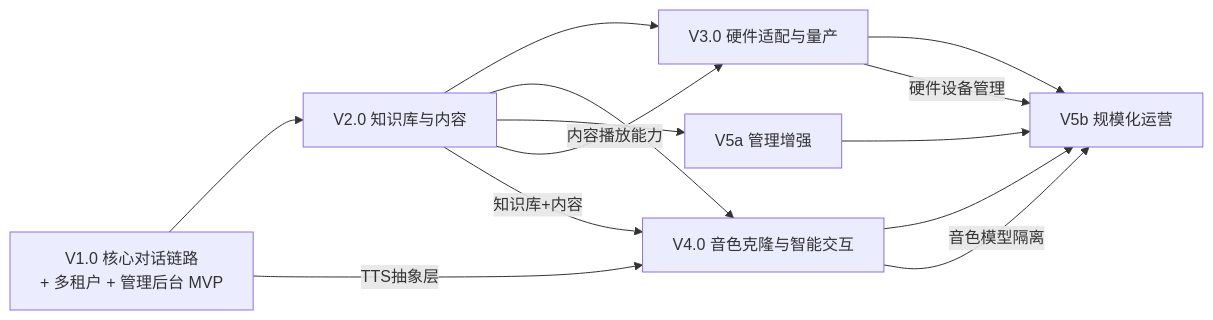
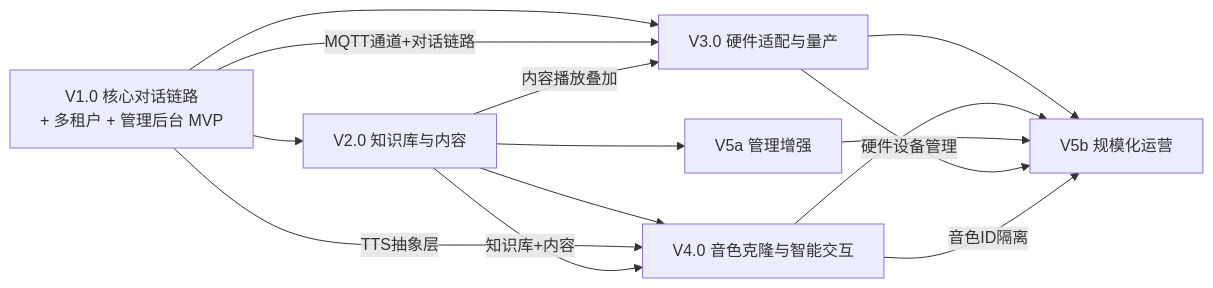
Before and after one commit to harunme/minibot: the diagram in docs/ROADMAP.md, drawn with Mermaid. The commit also changed other lines of this file and 6 other files, not shown here.

````diff
--- a/docs/ROADMAP.md
+++ b/docs/ROADMAP.md
@@ -272,16 +332,17 @@
 ```mermaid
 graph LR
     V1[V1.0 核心对话链路<br/>+ 多租户 + 管理后台 MVP] --> V2[V2.0 知识库与内容]
-    V2 --> V3[V3.0 硬件适配与量产]
+    V1 --> V3[V3.0 硬件适配与量产]
     V2 --> V4[V4.0 音色克隆与智能交互]
     V2 --> V5a[V5a 管理增强]
     V3 --> V5b[V5b 规模化运营]
     V4 --> V5b
     V5a --> V5b
     
     V1 --> |TTS抽象层| V4
-    V2 --> |内容播放能力| V3
+    V1 --> |MQTT通道+对话链路| V3
+    V2 --> |内容播放叠加| V3
     V2 --> |知识库+内容| V4
     V3 --> |硬件设备管理| V5b
-    V4 --> |音色模型隔离| V5b
+    V4 --> |音色ID隔离| V5b
 ```
````
